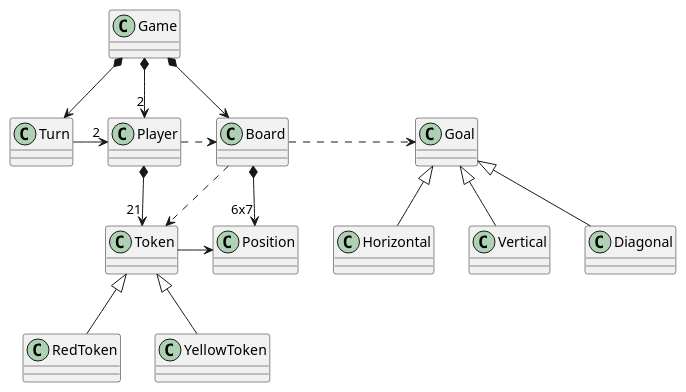
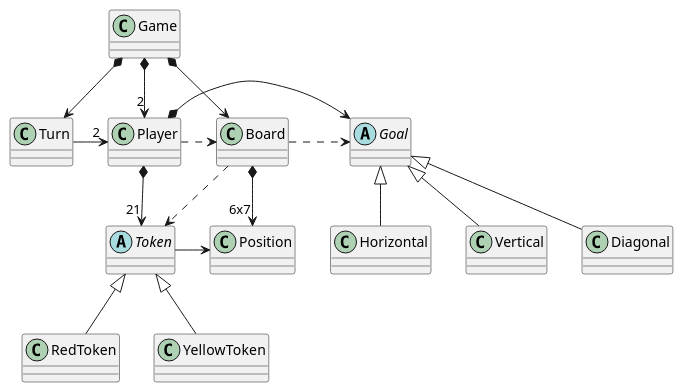
One commit to jartado/escuelait changed the first of 4 diagrams in mds2022/1-fundamentos/modelo-connect4.adoc. Above: the diagram before and after it, drawn with PlantUML. The commit also changed other lines of this file, not shown here.

Commit message:
Composición de Player con Goal

```diff
--- a/mds2022/1-fundamentos/modelo-connect4.adoc
+++ b/mds2022/1-fundamentos/modelo-connect4.adoc
@@ -15,25 +15,29 @@
 [plantuml, DiagramaVocabulary, svg]
 ....
+
+abstract Token
+abstract Goal
 
 Game *-d-> Board
 Game *-d-> "2" Player
 Game *-d-> Turn
 
 Turn -> "2" Player
 
 Player .> Board
+Player *-> Goal
 Player *--> "21" Token
 
 Board .> Goal
 Board *-> "6x7" Position
 Board .> Token
 
 Token -> Position
 Token <|-d- RedToken
 Token <|-d- YellowToken
 
 Goal <|-d- Horizontal
 Goal <|-d- Vertical
 Goal <|-d- Diagonal
 
 ....
```
